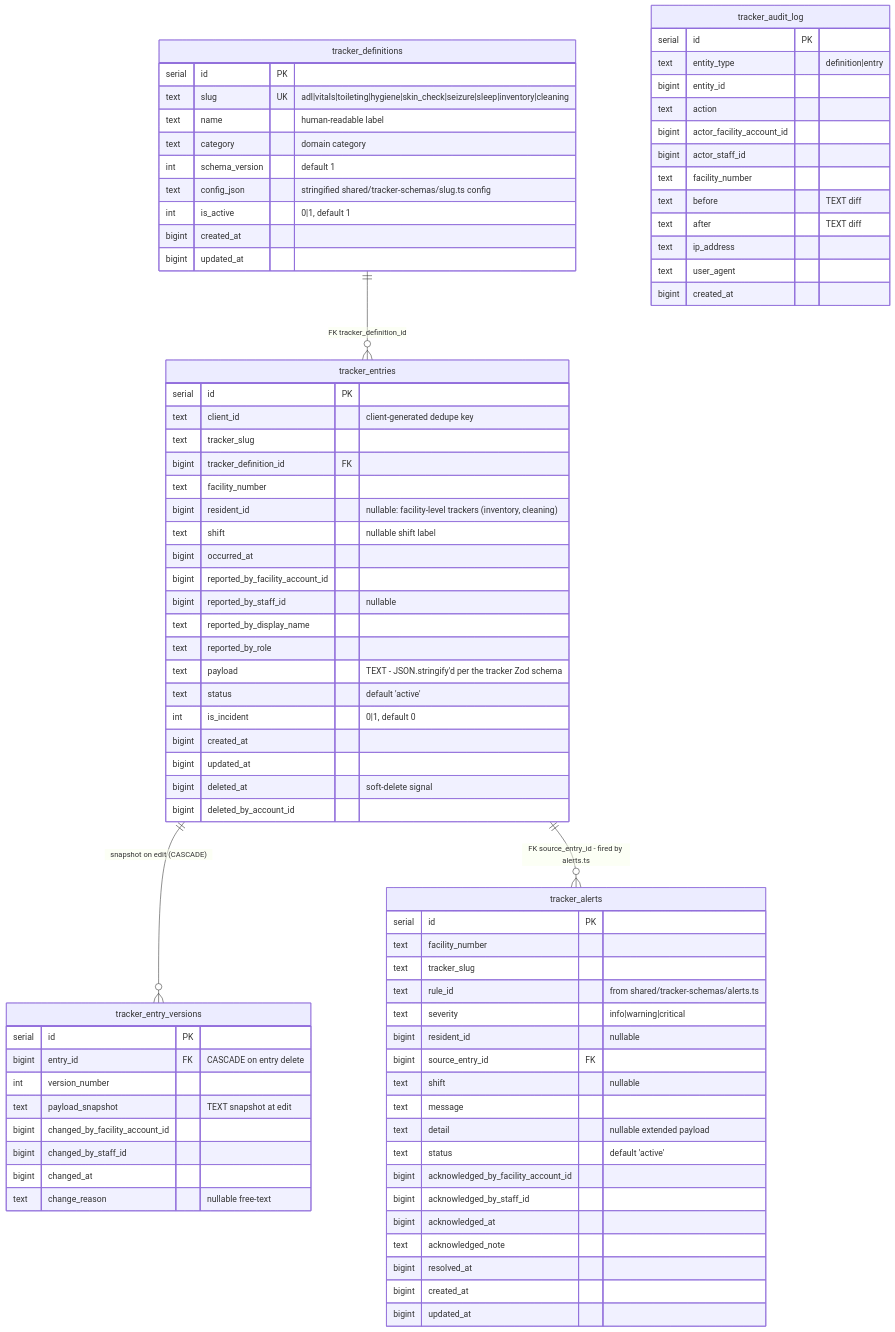
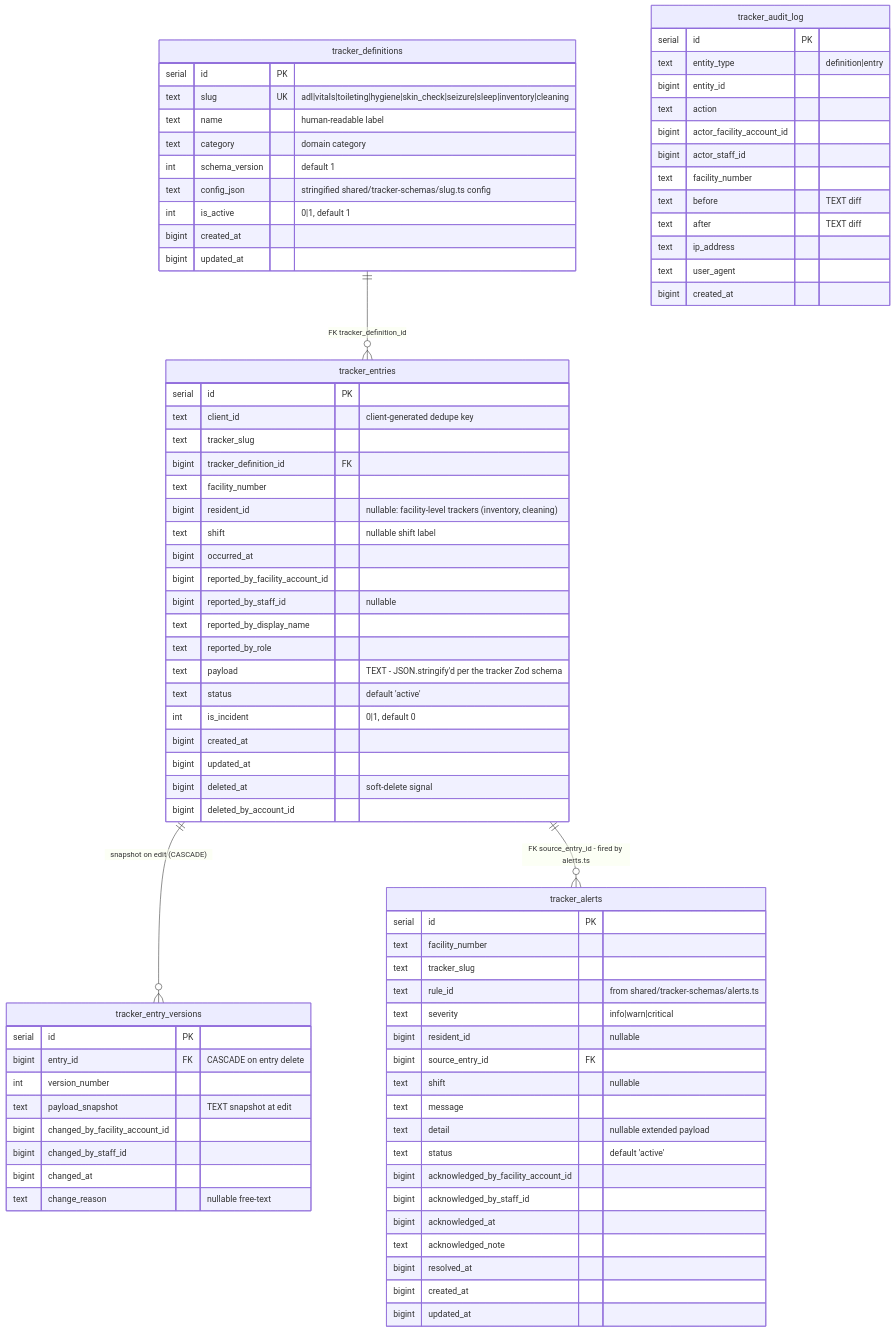
Before and after one commit to hvaria/arf-map: the sixth of 6 diagrams in docs/architecture/erd.md, drawn with Mermaid. The commit also changed other lines of this file, not shown here.

```diff
--- a/docs/architecture/erd.md
+++ b/docs/architecture/erd.md
@@ -678,7 +680,7 @@
     text facility_number
     text tracker_slug
     text rule_id "from shared/tracker-schemas/alerts.ts"
-    text severity "info|warning|critical"
+    text severity "info|warn|critical"
     bigint resident_id "nullable"
     bigint source_entry_id FK
     text shift "nullable"
```
